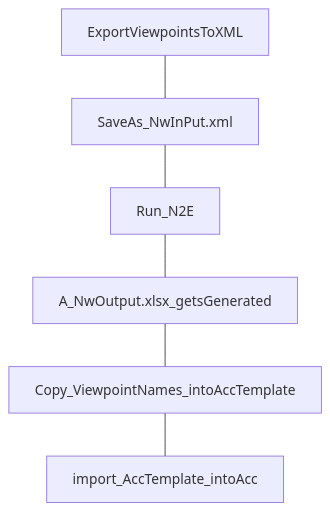
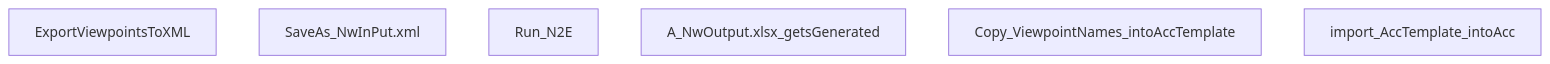
The first of 2 diagrams in README.md (mathematics333/N2eParser), drawn with Mermaid before and after one commit.

````diff
--- a/README.md
+++ b/README.md
@@ -18,4 +18,9 @@
 ```Mermaid
 flowchart TD;
-    ExportViewpointsToXML --- SaveAs_NwInPut.xml --- Run_N2E --- A_NwOutput.xlsx_getsGenerated --- Copy_ViewpointNames_intoAccTemplate --- import_AccTemplate_intoAcc
+    ExportViewpointsToXML;
+    SaveAs_NwInPut.xml;
+    Run_N2E;
+    A_NwOutput.xlsx_getsGenerated;
+    Copy_ViewpointNames_intoAccTemplate;
+    import_AccTemplate_intoAcc;
 ```
````
